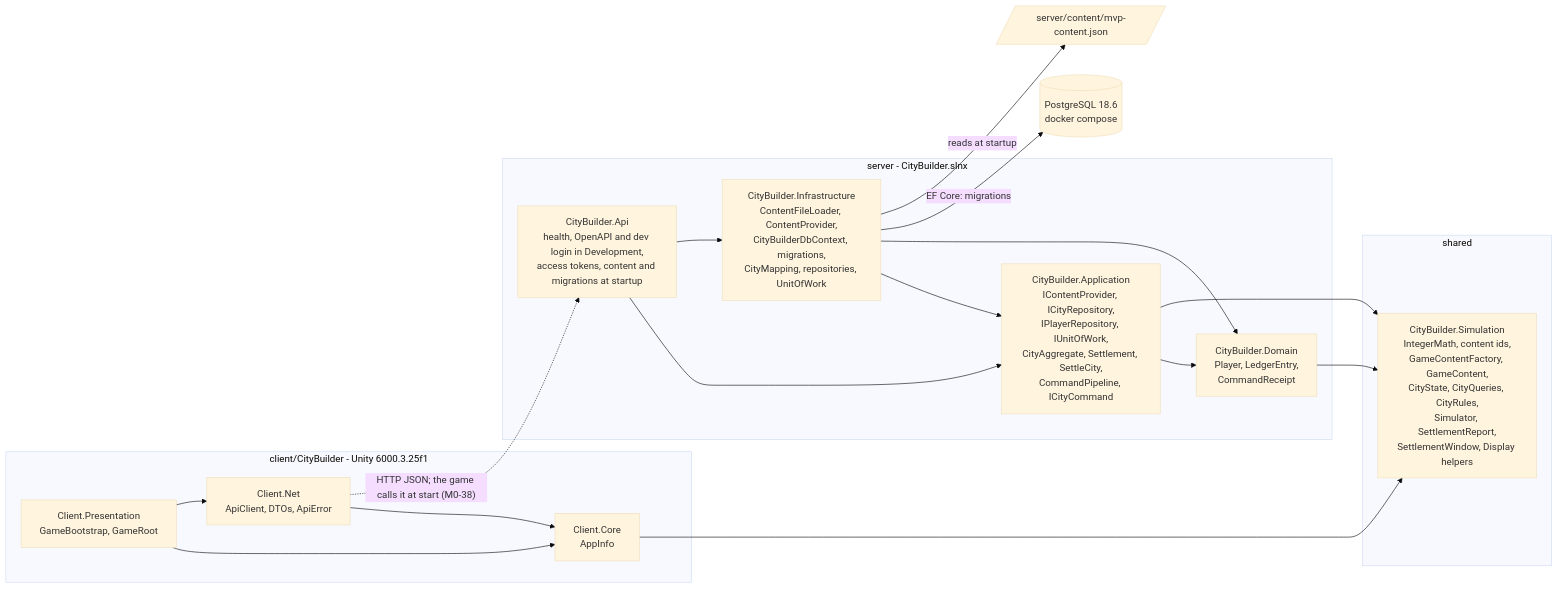
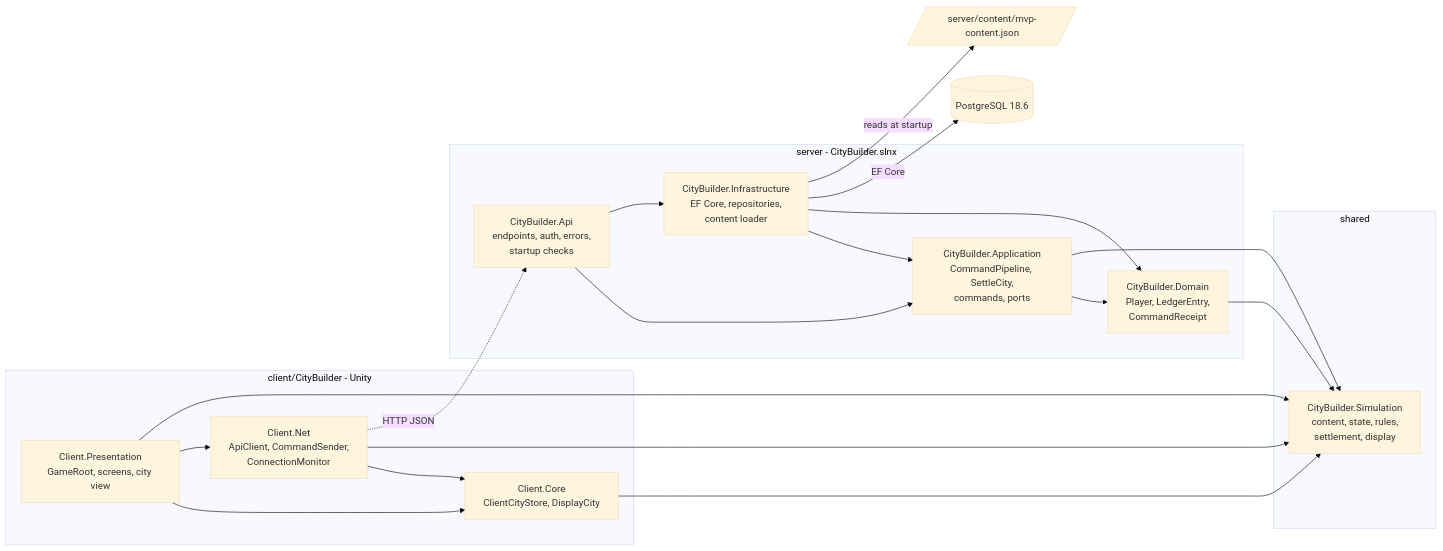
One commit to Samurai-netizen/citybuild changed the first of 2 diagrams in docs/architecture/overview.md. Above: the diagram before and after it, drawn with Mermaid (base theme). The commit also changed other lines of this file and 32 other files, not shown here.

````diff
--- a/docs/architecture/overview.md
+++ b/docs/architecture/overview.md
@@ -20,34 +24,35 @@
 ```mermaid
 flowchart LR
-  subgraph clientside["client/CityBuilder - Unity 6000.3.25f1"]
-    PRES["Client.Presentation<br/>GameBootstrap, GameRoot"]
-    NET["Client.Net<br/>ApiClient, DTOs, ApiError"]
-    CORE["Client.Core<br/>AppInfo"]
+  subgraph clientside["client/CityBuilder - Unity"]
+    PRES["Client.Presentation<br/>GameRoot, screens, city view"]
+    NET["Client.Net<br/>ApiClient, CommandSender,<br/>ConnectionMonitor"]
+    CORE["Client.Core<br/>ClientCityStore, DisplayCity"]
   end
   subgraph sharedside["shared"]
-    SIM["CityBuilder.Simulation<br/>IntegerMath, content ids,<br/>GameContentFactory, GameContent,<br/>CityState, CityQueries, CityRules,<br/>Simulator, SettlementReport,<br/>SettlementWindow, Display helpers"]
+    SIM["CityBuilder.Simulation<br/>content, state, rules,<br/>settlement, display"]
   end
   subgraph serverside["server - CityBuilder.slnx"]
-    API["CityBuilder.Api<br/>health, OpenAPI and dev login in Development,<br/>access tokens, content and migrations at startup"]
-    INF["CityBuilder.Infrastructure<br/>ContentFileLoader, ContentProvider,<br/>CityBuilderDbContext, migrations,<br/>CityMapping, repositories, UnitOfWork"]
-    APP["CityBuilder.Application<br/>IContentProvider, ICityRepository,<br/>IPlayerRepository, IUnitOfWork,<br/>CityAggregate, Settlement, SettleCity,<br/>CommandPipeline, ICityCommand"]
+    API["CityBuilder.Api<br/>endpoints, auth, errors,<br/>startup checks"]
+    APP["CityBuilder.Application<br/>CommandPipeline, SettleCity,<br/>commands, ports"]
+    INF["CityBuilder.Infrastructure<br/>EF Core, repositories,<br/>content loader"]
     DOM["CityBuilder.Domain<br/>Player, LedgerEntry,<br/>CommandReceipt"]
   end
-  DB[("PostgreSQL 18.6<br/>docker compose")]
+  DB[("PostgreSQL 18.6")]
   FILE[/"server/content/mvp-content.json"/]
   PRES --> CORE
   PRES --> NET
   NET --> CORE
+  NET --> SIM
+  PRES --> SIM
   CORE --> SIM
   API --> APP
   API --> INF
   INF --> APP
   INF --> DOM
   APP --> DOM
   APP --> SIM
   DOM --> SIM
-  NET -.->|"HTTP JSON; the game calls it at start (M0-38)"| API
-  INF -->|"EF Core: migrations"| DB
+  NET -.->|"HTTP JSON"| API
+  INF -->|"EF Core"| DB
   INF -->|"reads at startup"| FILE
-  classDef planned stroke-dasharray: 4 4
 ```
````
